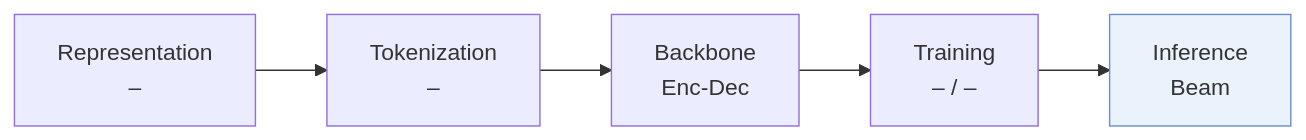
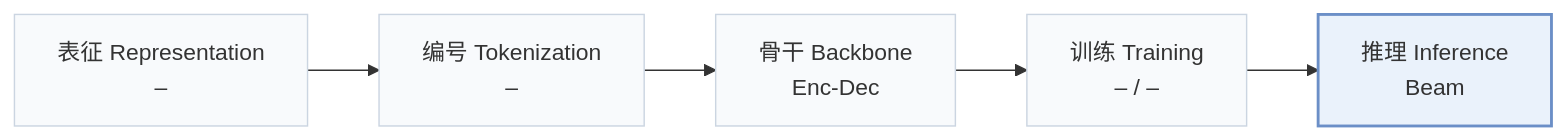
Before and after one commit to Galaxy-ghost/Awesome-SID-Generative-Rec: the first of 2 diagrams in pages/zh/papers/pfa.md, drawn with Mermaid. The commit also changed other lines of this file and 649 other files, not shown here.

Commit message:
writer-05: also tags and modality index (schema, check, build, visuals); summary field removed; calibration data for 12 papers

````diff
--- a/pages/zh/papers/pfa.md
+++ b/pages/zh/papers/pfa.md
@@ -13,6 +15,8 @@
 ```mermaid
 flowchart LR
-    R["Representation<br/>–"] --> T["Tokenization<br/>–"] --> B["Backbone<br/>Enc-Dec"] --> TR["Training<br/>– / –"] --> I["Inference<br/>Beam"]
-    classDef main fill:#eaf2fb,stroke:#6b8fc7
+    R["表征 Representation<br/>–"] --> T["编号 Tokenization<br/>–"] --> B["骨干 Backbone<br/>Enc-Dec"] --> TR["训练 Training<br/>– / –"] --> I["推理 Inference<br/>Beam"]
+    classDef base fill:#f8fafc,stroke:#cbd5e1
+    class R,T,B,TR,I base
+    classDef main fill:#eaf2fb,stroke:#6b8fc7,stroke-width:2px
     class I main
 ```
````
